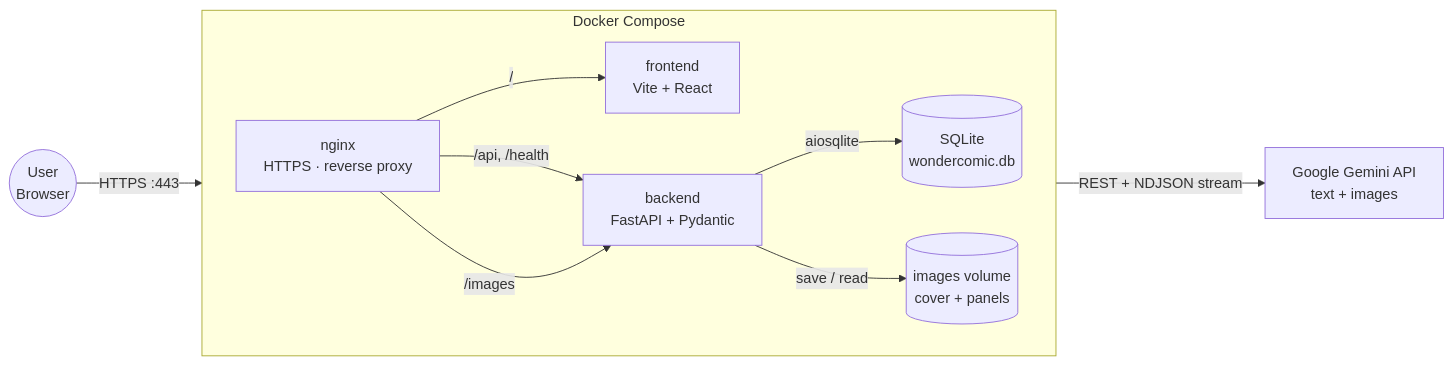
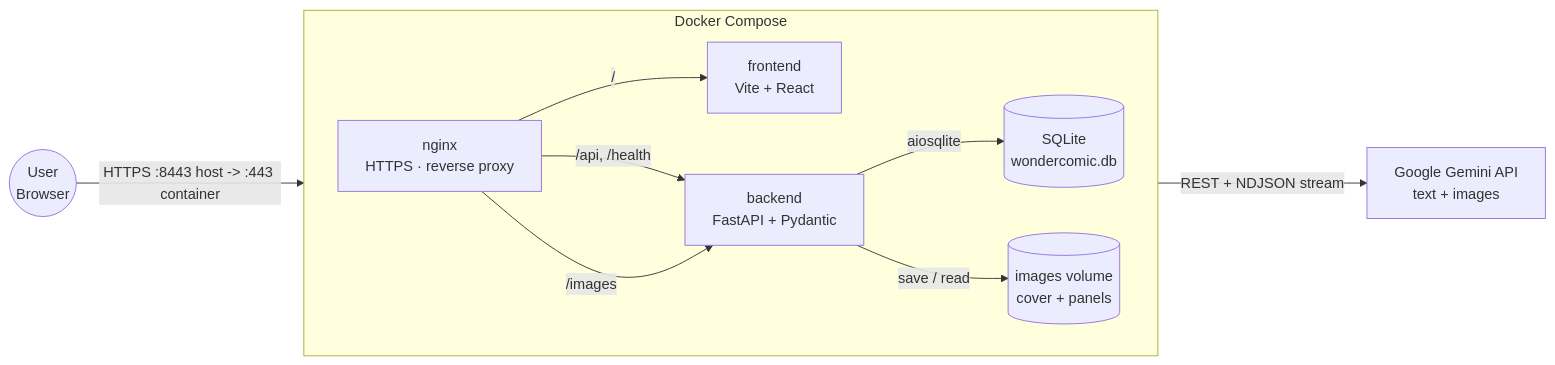
The first of 4 diagrams in documentation/architecture.md (Chloezhu010/42_ft_transcendence), drawn with Mermaid before and after one commit. The commit also changed other lines of this file and 5 other files, not shown here.

````diff
--- a/documentation/architecture.md
+++ b/documentation/architecture.md
@@ -7,22 +7,22 @@
 ```mermaid
 flowchart LR
     User(("User<br/>Browser"))
     Gemini["Google Gemini API<br/>text + images"]
 
     subgraph Compose["Docker Compose"]
         direction LR
         Nginx["nginx<br/>HTTPS · reverse proxy"]
         Vite["frontend<br/>Vite + React"]
         Fast["backend<br/>FastAPI + Pydantic"]
         DB[("SQLite<br/>wondercomic.db")]
         ImgVol[("images volume<br/>cover + panels")]
     end
 
-    User -- "HTTPS :443" --> Nginx
+    User -- "HTTPS :8443 host -> :443 container" --> Nginx
     Nginx -- "/" --> Vite
     Nginx -- "/api, /health" --> Fast
     Nginx -- "/images" --> Fast
     Fast -- "aiosqlite" --> DB
     Fast -- "save / read" --> ImgVol
     Fast -->|"REST + NDJSON stream"| Gemini
 ```
````
